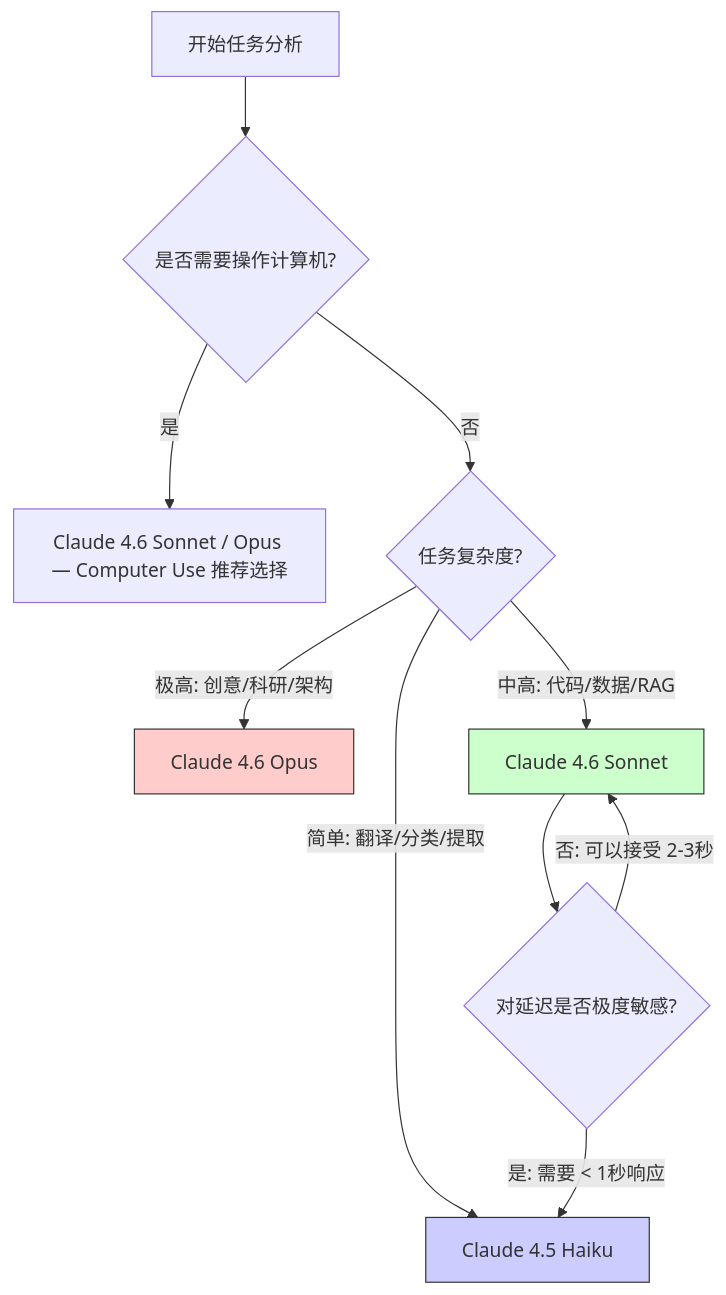
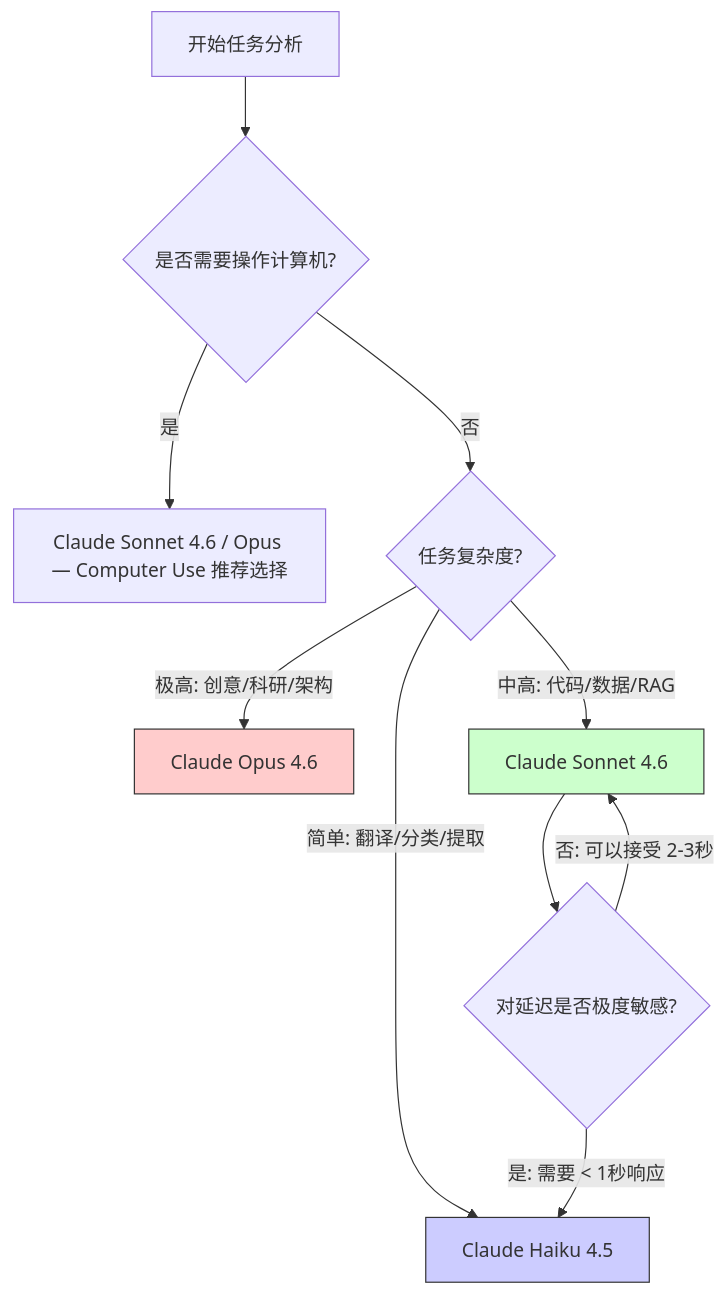
One commit to yeasy/claude_guide changed the first of 2 diagrams in 01_intro/1.4_model_selection.md. Above: the diagram before and after it, drawn with Mermaid. The commit also changed other lines of this file and 14 other files, not shown here.

````diff
--- a/01_intro/1.4_model_selection.md
+++ b/01_intro/1.4_model_selection.md
@@ -17,18 +17,18 @@
 ```mermaid
 graph TD
     Start["开始任务分析"] --> Q1{"是否需要操作计算机?"}
-    Q1 -- "是" --> OpCS["Claude 4.6 Sonnet / Opus — Computer Use 推荐选择"]
+    Q1 -- "是" --> OpCS["Claude Sonnet 4.6 / Opus — Computer Use 推荐选择"]
     Q1 -- "否" --> Q2{"任务复杂度?"}
 
-    Q2 -- "极高: 创意/科研/架构" --> Opus["Claude 4.6 Opus"]
-    Q2 -- "中高: 代码/数据/RAG" --> Sonnet["Claude 4.6 Sonnet"]
-    Q2 -- "简单: 翻译/分类/提取" --> Haiku["Claude 4.5 Haiku"]
+    Q2 -- "极高: 创意/科研/架构" --> Opus["Claude Opus 4.6"]
+    Q2 -- "中高: 代码/数据/RAG" --> Sonnet["Claude Sonnet 4.6"]
+    Q2 -- "简单: 翻译/分类/提取" --> Haiku["Claude Haiku 4.5"]
     
     Sonnet --> Q3{"对延迟是否极度敏感?"}
     Q3 -- "是: 需要 < 1秒响应" --> Haiku
     Q3 -- "否: 可以接受 2-3秒" --> Sonnet
     
     style Opus fill:#ffcccc,stroke:#333
     style Sonnet fill:#ccffcc,stroke:#333
     style Haiku fill:#ccccff,stroke:#333
 ```
````
